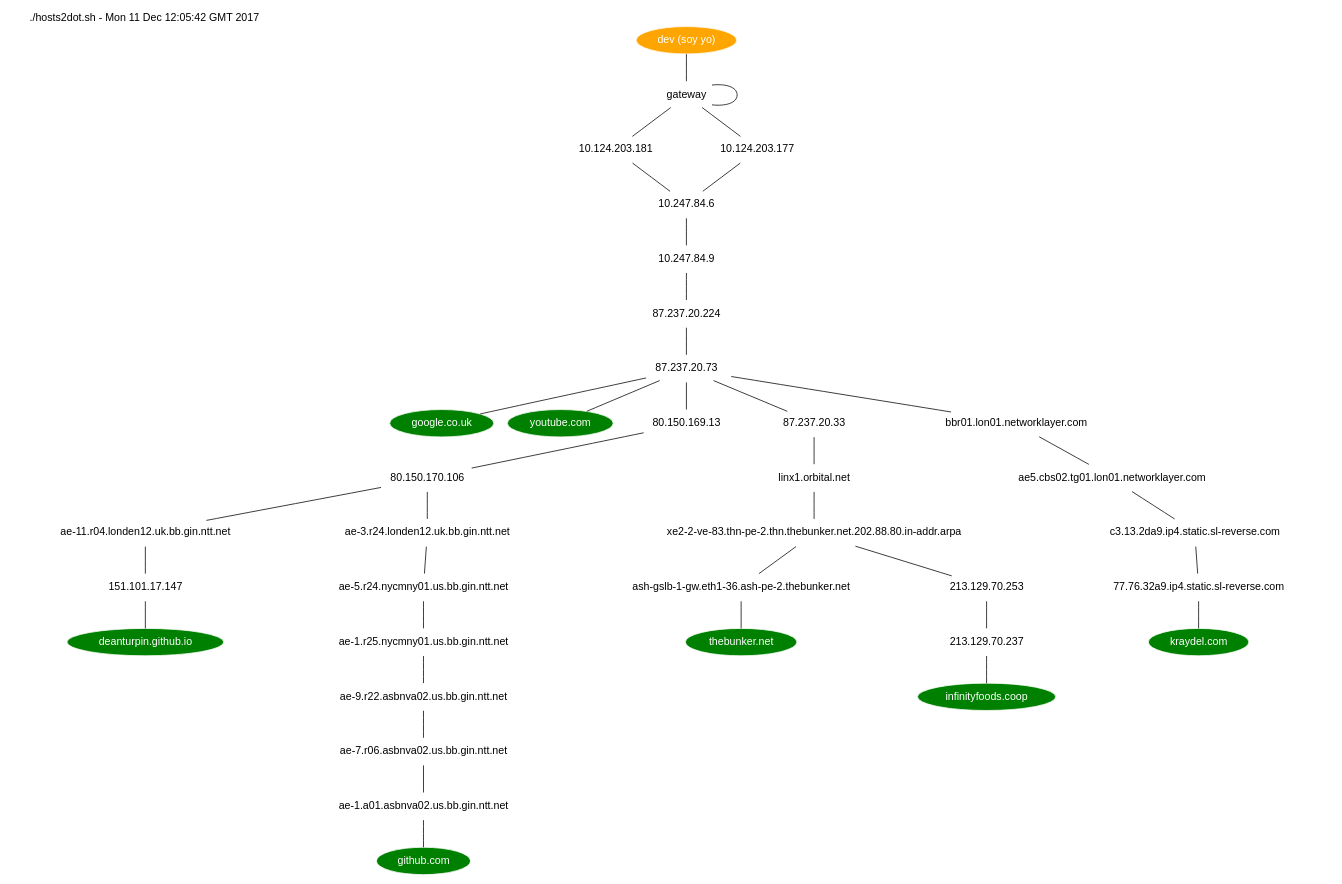
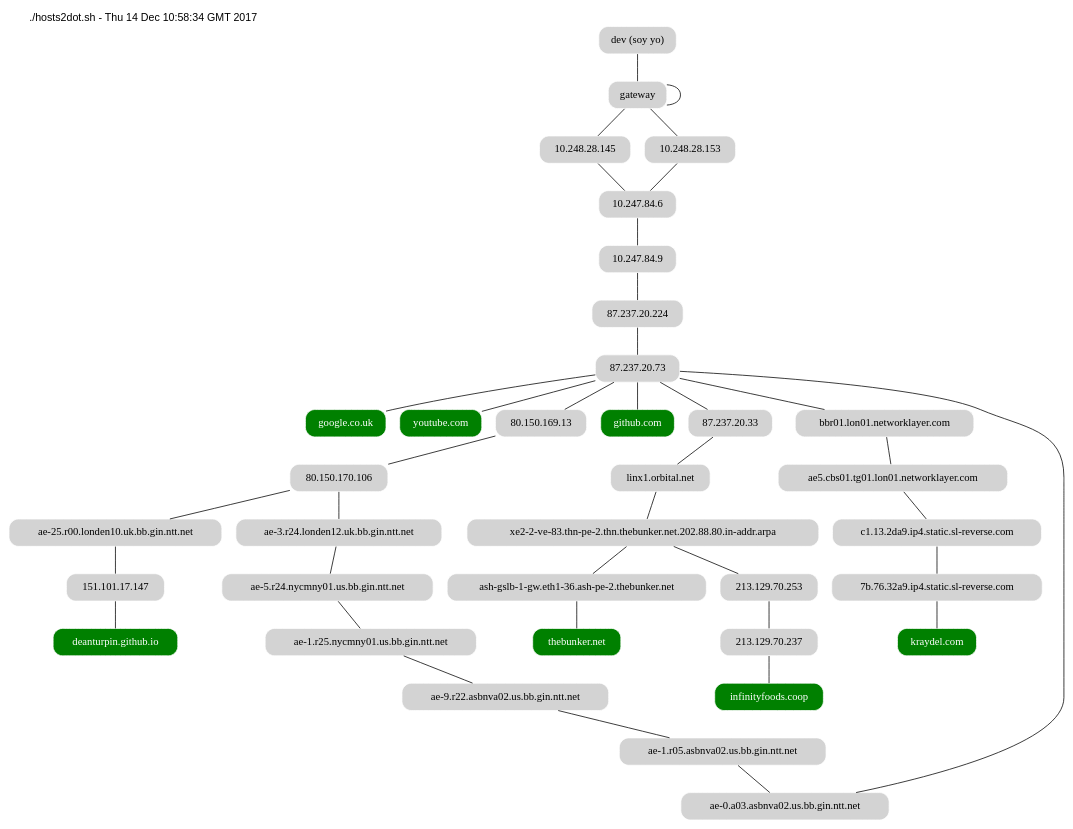
The diagram in example.dot (deanturpin/hosts2dot), drawn with Graphviz before and after one commit. The commit also changed 3 other files, not shown here.

```diff
--- a/example.dot
+++ b/example.dot
@@ -1,22 +1,20 @@
 strict graph {
 fontname=helvetica
-node [style=filled color=white fillcolor=white fontname=helvetica]
-soy_yo [label="dev (soy yo)" fillcolor=orange fontcolor=white]
-graph [label="./hosts2dot.sh - Mon 11 Dec 12:05:42 GMT 2017" labelloc=top labeljust=left]
-// hosts
+node [shape=rect style="filled,rounded" color=white fillcolor=lightgrey]
+soy_yo [label="dev (soy yo)"]
+graph [label="./hosts2dot.sh - Thu 14 Dec 10:58:34 GMT 2017" labelloc=top labeljust=left]
 "google.co.uk" [fillcolor=green fontcolor=white]
+soy_yo--"gateway"--"gateway"--"10.248.28.145"--"10.247.84.6"--"10.247.84.9"--"87.237.20.224"--"87.237.20.73"--"google.co.uk"
 "youtube.com" [fillcolor=green fontcolor=white]
+soy_yo--"gateway"--"gateway"--"10.248.28.153"--"10.247.84.6"--"10.247.84.9"--"87.237.20.224"--"87.237.20.73"--"youtube.com"
 "deanturpin.github.io" [fillcolor=green fontcolor=white]
+soy_yo--"gateway"--"gateway"--"10.248.28.153"--"10.247.84.6"--"10.247.84.9"--"87.237.20.224"--"87.237.20.73"--"80.150.169.13"--"80.150.170.106"--"ae-25.r00.londen10.uk.bb.gin.ntt.net"--"151.101.17.147"--"deanturpin.github.io"
 "github.com" [fillcolor=green fontcolor=white]
+soy_yo--"gateway"--"gateway"--"10.248.28.153"--"10.247.84.6"--"10.247.84.9"--"87.237.20.224"--"87.237.20.73"--"80.150.169.13"--"80.150.170.106"--"ae-3.r24.londen12.uk.bb.gin.ntt.net"--"ae-5.r24.nycmny01.us.bb.gin.ntt.net"--"ae-1.r25.nycmny01.us.bb.gin.ntt.net"--"ae-9.r22.asbnva02.us.bb.gin.ntt.net"--"ae-1.r05.asbnva02.us.bb.gin.ntt.net"--"ae-0.a03.asbnva02.us.bb.gin.ntt.net"--"87.237.20.73"--"github.com"
 "thebunker.net" [fillcolor=green fontcolor=white]
+soy_yo--"gateway"--"gateway"--"10.248.28.145"--"10.247.84.6"--"10.247.84.9"--"87.237.20.224"--"87.237.20.73"--"87.237.20.33"--"linx1.orbital.net"--"xe2-2-ve-83.thn-pe-2.thn.thebunker.net.202.88.80.in-addr.arpa"--"ash-gslb-1-gw.eth1-36.ash-pe-2.thebunker.net"--"thebunker.net"
 "infinityfoods.coop" [fillcolor=green fontcolor=white]
+soy_yo--"gateway"--"gateway"--"10.248.28.145"--"10.247.84.6"--"10.247.84.9"--"87.237.20.224"--"87.237.20.73"--"87.237.20.33"--"linx1.orbital.net"--"xe2-2-ve-83.thn-pe-2.thn.thebunker.net.202.88.80.in-addr.arpa"--"213.129.70.253"--"213.129.70.237"--"infinityfoods.coop"
 "kraydel.com" [fillcolor=green fontcolor=white]
-// routes
-soy_yo--"gateway"--"gateway"--"10.124.203.181"--"10.247.84.6"--"10.247.84.9"--"87.237.20.224"--"87.237.20.73"--"google.co.uk"
-soy_yo--"gateway"--"gateway"--"10.124.203.177"--"10.247.84.6"--"10.247.84.9"--"87.237.20.224"--"87.237.20.73"--"youtube.com"
-soy_yo--"gateway"--"gateway"--"10.124.203.177"--"10.247.84.6"--"10.247.84.9"--"87.237.20.224"--"87.237.20.73"--"80.150.169.13"--"80.150.170.106"--"ae-11.r04.londen12.uk.bb.gin.ntt.net"--"151.101.17.147"--"deanturpin.github.io"
-soy_yo--"gateway"--"gateway"--"10.124.203.177"--"10.247.84.6"--"10.247.84.9"--"87.237.20.224"--"87.237.20.73"--"80.150.169.13"--"80.150.170.106"--"ae-3.r24.londen12.uk.bb.gin.ntt.net"--"ae-5.r24.nycmny01.us.bb.gin.ntt.net"--"ae-1.r25.nycmny01.us.bb.gin.ntt.net"--"ae-9.r22.asbnva02.us.bb.gin.ntt.net"--"ae-7.r06.asbnva02.us.bb.gin.ntt.net"--"ae-1.a01.asbnva02.us.bb.gin.ntt.net"--"github.com"
-soy_yo--"gateway"--"gateway"--"10.124.203.181"--"10.247.84.6"--"10.247.84.9"--"87.237.20.224"--"87.237.20.73"--"87.237.20.33"--"linx1.orbital.net"--"xe2-2-ve-83.thn-pe-2.thn.thebunker.net.202.88.80.in-addr.arpa"--"ash-gslb-1-gw.eth1-36.ash-pe-2.thebunker.net"--"thebunker.net"
-soy_yo--"gateway"--"gateway"--"10.124.203.181"--"10.247.84.6"--"10.247.84.9"--"87.237.20.224"--"87.237.20.73"--"87.237.20.33"--"linx1.orbital.net"--"xe2-2-ve-83.thn-pe-2.thn.thebunker.net.202.88.80.in-addr.arpa"--"213.129.70.253"--"213.129.70.237"--"infinityfoods.coop"
-soy_yo--"gateway"--"gateway"--"10.124.203.177"--"10.247.84.6"--"10.247.84.9"--"87.237.20.224"--"87.237.20.73"--"bbr01.lon01.networklayer.com"--"ae5.cbs02.tg01.lon01.networklayer.com"--"c3.13.2da9.ip4.static.sl-reverse.com"--"77.76.32a9.ip4.static.sl-reverse.com"--"kraydel.com"
+soy_yo--"gateway"--"gateway"--"10.248.28.153"--"10.247.84.6"--"10.247.84.9"--"87.237.20.224"--"87.237.20.73"--"bbr01.lon01.networklayer.com"--"ae5.cbs01.tg01.lon01.networklayer.com"--"c1.13.2da9.ip4.static.sl-reverse.com"--"7b.76.32a9.ip4.static.sl-reverse.com"--"kraydel.com"
 }
```
